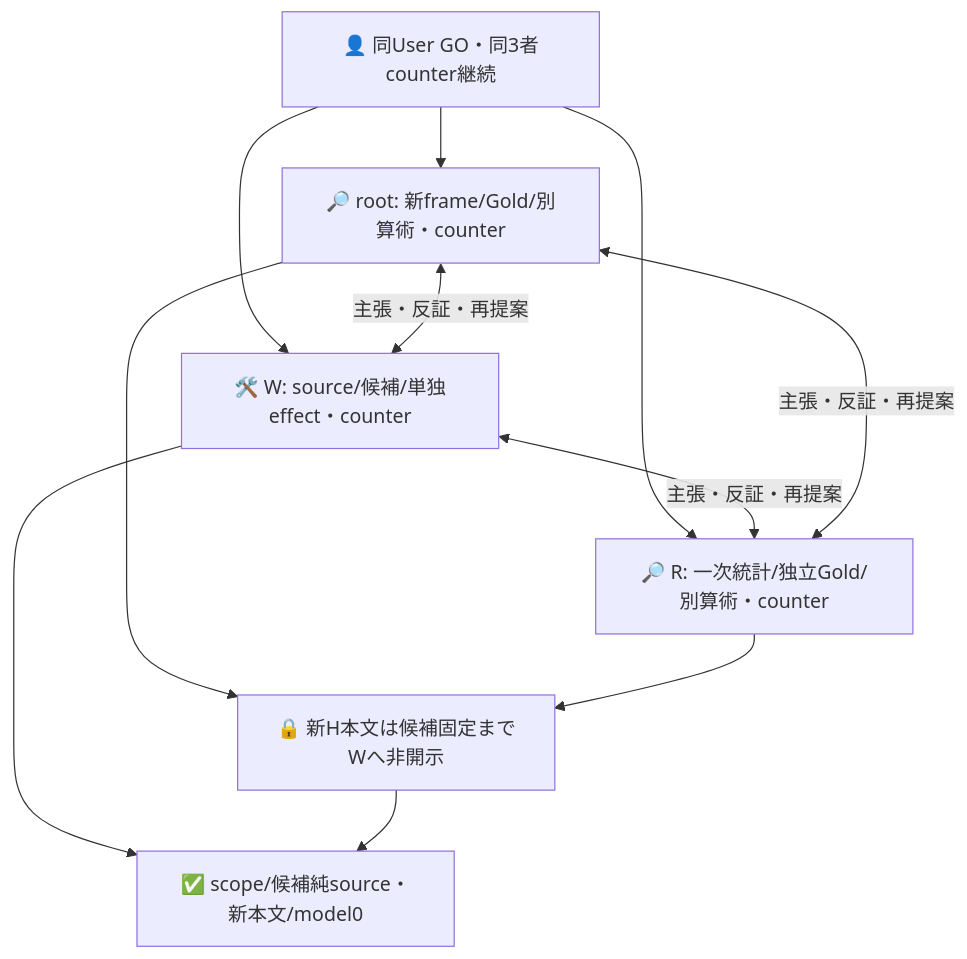
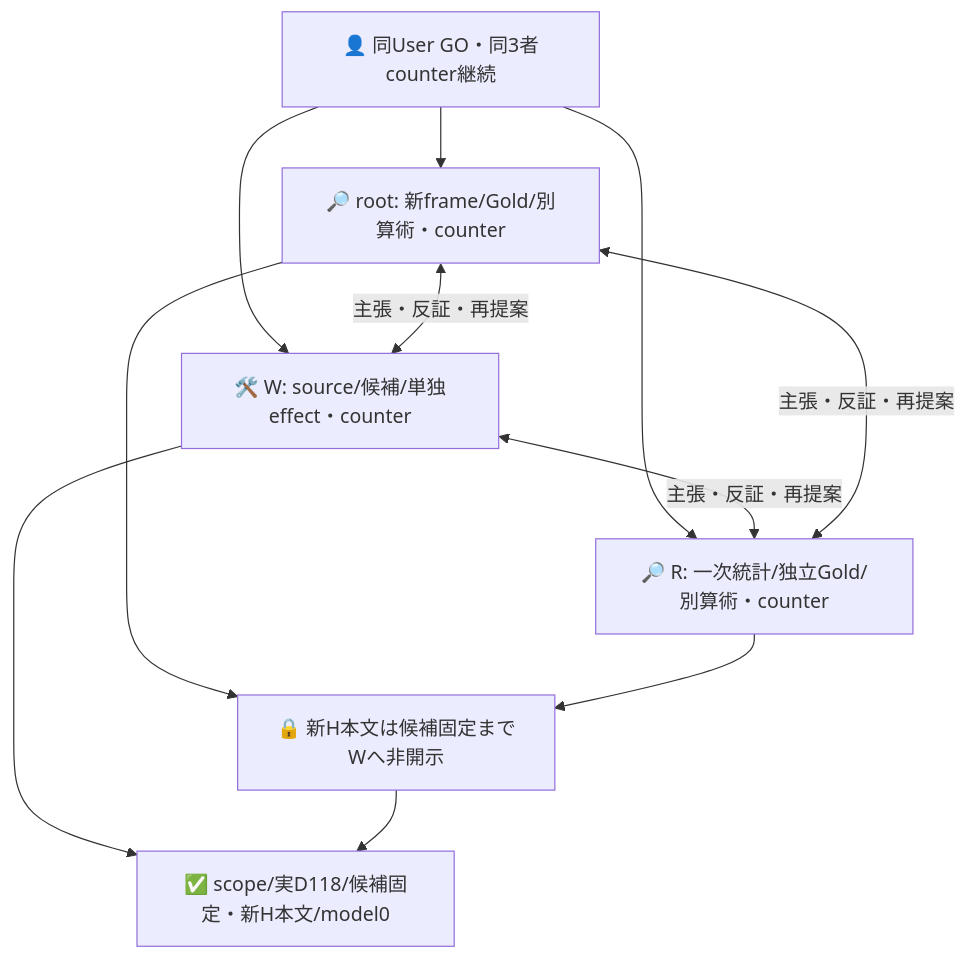
The first of 2 diagrams in experiments/sys1-eval-loop/observation/README.md (roccho-org/ops), drawn with Mermaid before and after one commit. The commit also changed other lines of this file and 14 other files, not shown here.

````diff
--- a/experiments/sys1-eval-loop/observation/README.md
+++ b/experiments/sys1-eval-loop/observation/README.md
@@ -47,13 +65,13 @@
 ```mermaid
 flowchart TB
   U["👤 同User GO・同3者counter継続"] --> P["🔎 root: 新frame/Gold/別算術・counter"]
   U --> W["🛠️ W: source/候補/単独effect・counter"]
   U --> R["🔎 R: 一次統計/独立Gold/別算術・counter"]
   P <-->|主張・反証・再提案| W
   W <-->|主張・反証・再提案| R
   R <-->|主張・反証・再提案| P
   P --> K["🔒 新H本文は候補固定までWへ非開示"]
   R --> K
-  W --> C["✅ scope/候補純source・新本文/model0"]
+  W --> C["✅ scope/実D118/候補固定・新H本文/model0"]
   K --> C
 ```
````
